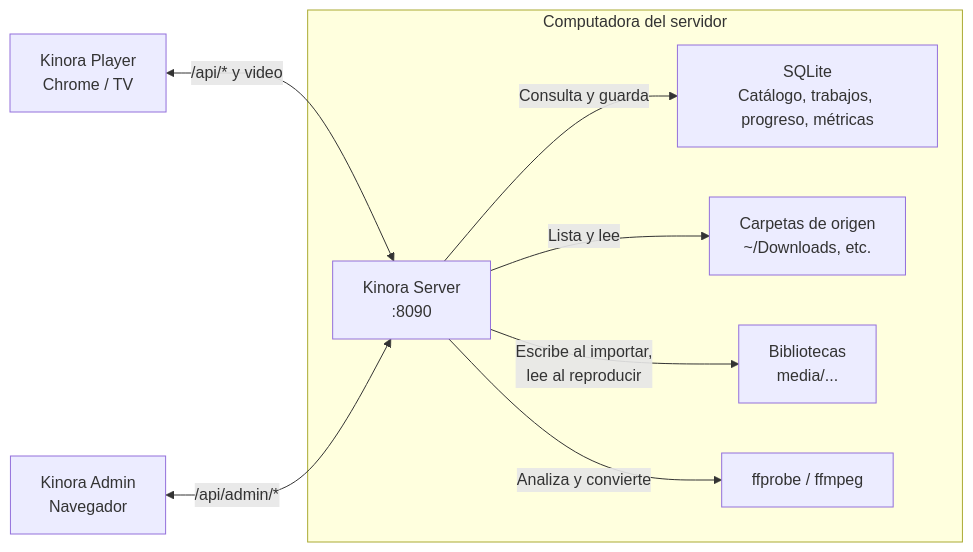
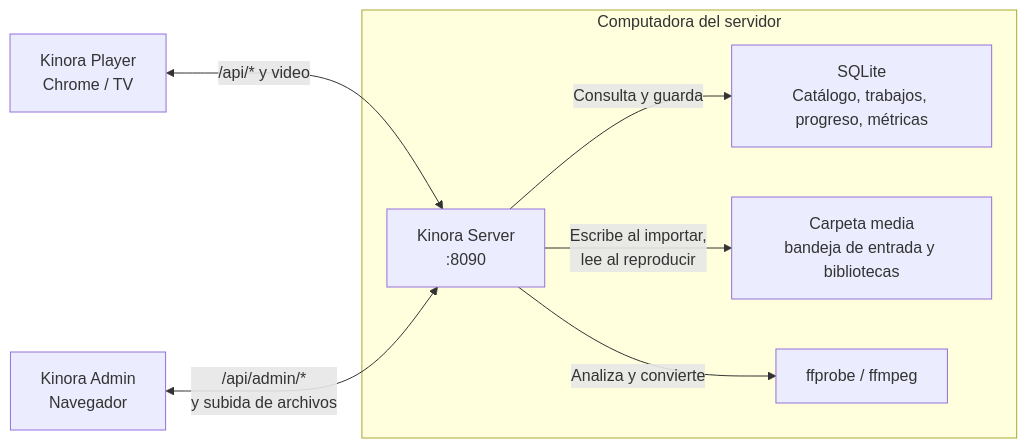
One commit to frandmnc/kinora changed the diagram in kinora-plan-tecnico.md. Above: the diagram before and after it, drawn with Mermaid. The commit also changed other lines of this file and 77 other files, not shown here.

First line of the commit message:
Player, monitor, progreso, bandeja de entrada y configuración desde el Admin

````diff
--- a/kinora-plan-tecnico.md
+++ b/kinora-plan-tecnico.md
@@ -28,21 +28,19 @@
 ```mermaid
 flowchart LR
     P["Kinora Player<br/>Chrome / TV"]
     A["Kinora Admin<br/>Navegador"]
 
     subgraph EQUIPO["Computadora del servidor"]
         S["Kinora Server<br/>:8090"]
         D["SQLite<br/>Catálogo, trabajos, progreso, métricas"]
-        O["Carpetas de origen<br/>~/Downloads, etc."]
-        M["Bibliotecas<br/>media/..."]
+        M["Carpeta media<br/>bandeja de entrada y bibliotecas"]
         F["ffprobe / ffmpeg"]
 
         S -->|"Consulta y guarda"| D
-        S -->|"Lista y lee"| O
         S -->|"Escribe al importar,<br/>lee al reproducir"| M
         S -->|"Analiza y convierte"| F
     end
 
     P <-->|"/api/* y video"| S
-    A <-->|"/api/admin/*"| S
+    A <-->|"/api/admin/*<br/>y subida de archivos"| S
 ```
````
